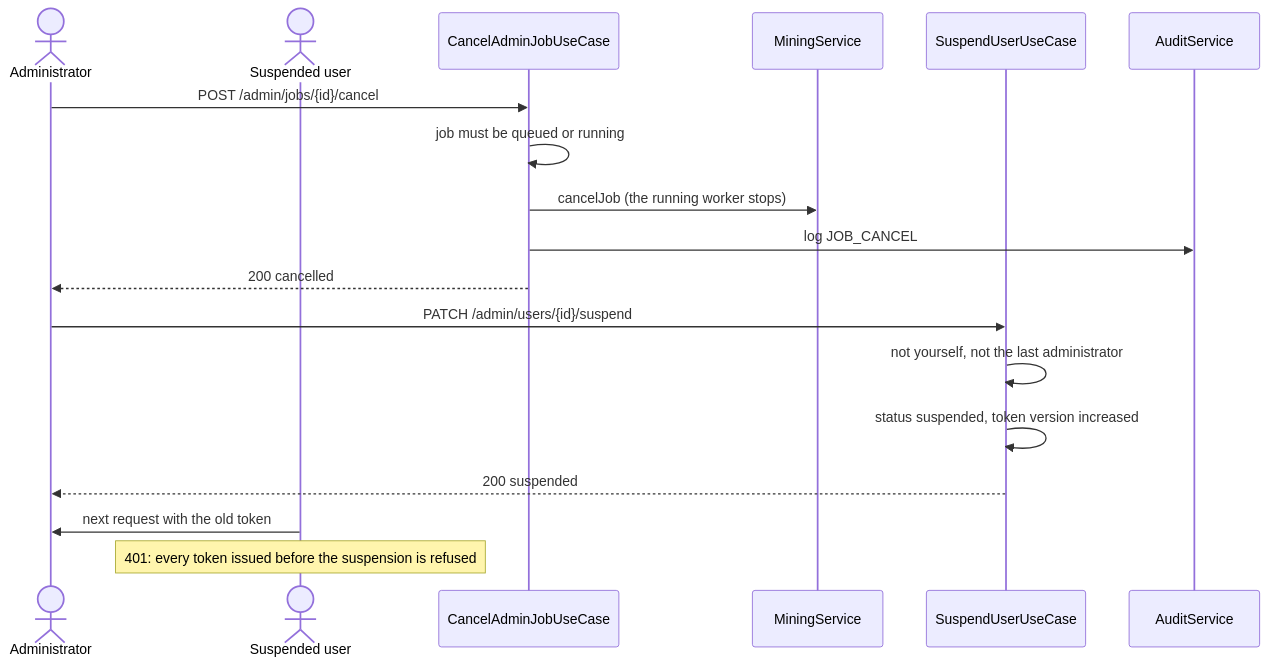
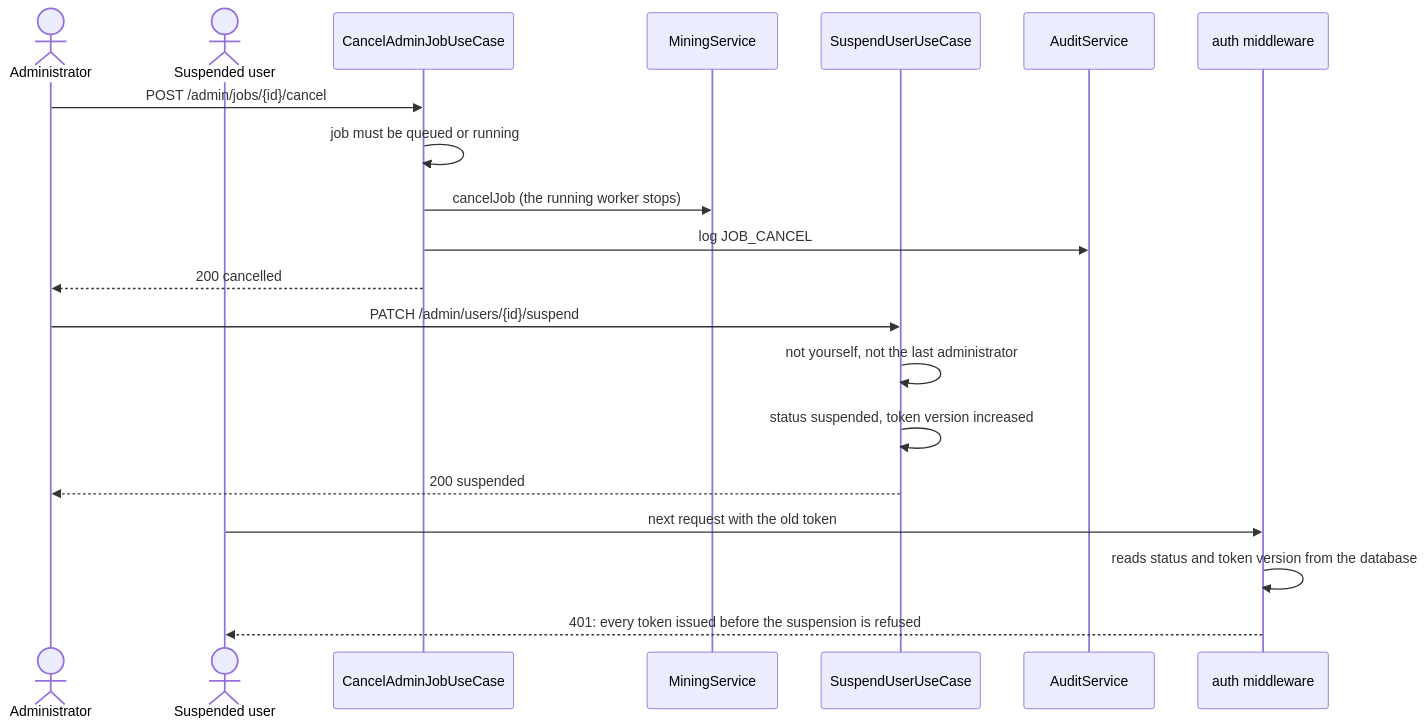
Before and after one commit to Capstone-ArchTime/ArchTime: the eighth of 9 diagrams in docs/report4-workspace-administration.md, drawn with Mermaid. The commit also changed other lines of this file, not shown here.

Commit message:
docs(report4): suspension sequence goes through the auth middleware; no semicolons inside diagrams
Task: B12

````diff
--- a/docs/report4-workspace-administration.md
+++ b/docs/report4-workspace-administration.md
@@ -330,20 +330,22 @@
 ```mermaid
 sequenceDiagram
     actor AD as Administrator
     actor U as Suspended user
     participant J as CancelAdminJobUseCase
     participant Q as MiningService
     participant S as SuspendUserUseCase
     participant L as AuditService
+    participant MW as auth middleware
     AD->>J: POST /admin/jobs/{id}/cancel
     J->>J: job must be queued or running
     J->>Q: cancelJob (the running worker stops)
     J->>L: log JOB_CANCEL
     J-->>AD: 200 cancelled
     AD->>S: PATCH /admin/users/{id}/suspend
     S->>S: not yourself, not the last administrator
     S->>S: status suspended, token version increased
     S-->>AD: 200 suspended
-    U->>AD: next request with the old token
-    Note over U: 401: every token issued before the suspension is refused
+    U->>MW: next request with the old token
+    MW->>MW: reads status and token version from the database
+    MW-->>U: 401: every token issued before the suspension is refused
 ```
````
